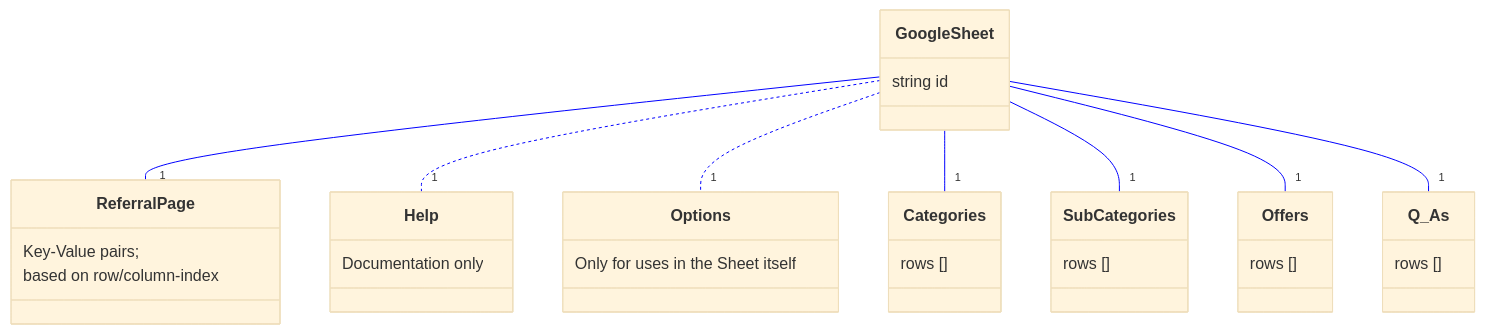
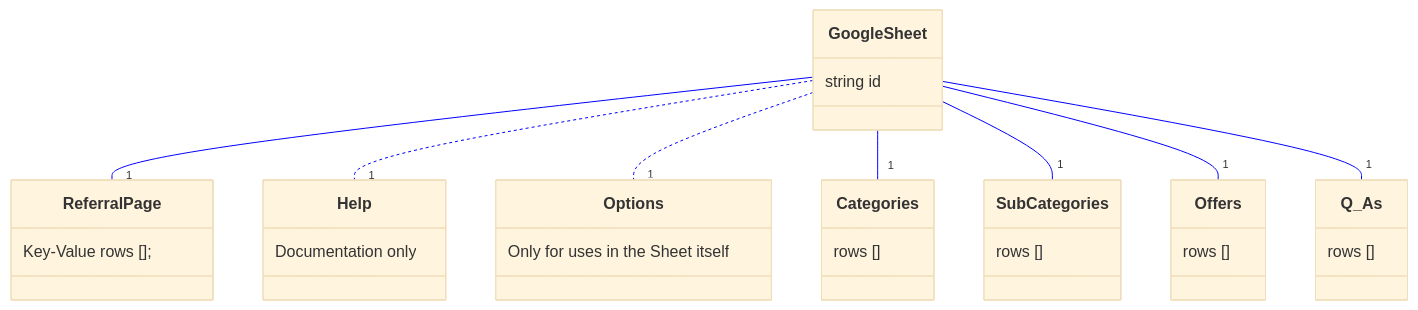
Before and after one commit to rodekruis/helpful-information: the second of 2 diagrams in README.md, drawn with Mermaid. The commit also changed 10 other files, not shown here.

````diff
--- a/README.md
+++ b/README.md
@@ -263,34 +263,33 @@
 ```mermaid
 %%{ init:{ 'theme':'base', 'themeVariables':{'lineColor':'blue'} }}%%
 
 classDiagram
   class GoogleSheet {
     string id
   }
   class ReferralPage {
-    Key-Value pairs;
-    based on row/column-index
+    Key-Value rows [];
   }
 
   class Help {
     Documentation only
   }
   class Options {
     Only for uses in the Sheet itself
   }
 
   direction TB
     GoogleSheet -- "1" ReferralPage
     GoogleSheet .. "1" Help
     GoogleSheet .. "1" Options
 
     GoogleSheet -- "1" Categories
     GoogleSheet -- "1" SubCategories
     GoogleSheet -- "1" Offers
     GoogleSheet -- "1" Q_As
 
     Categories : rows []
     SubCategories : rows []
     Offers : rows []
     Q_As : rows []
 ```
````
